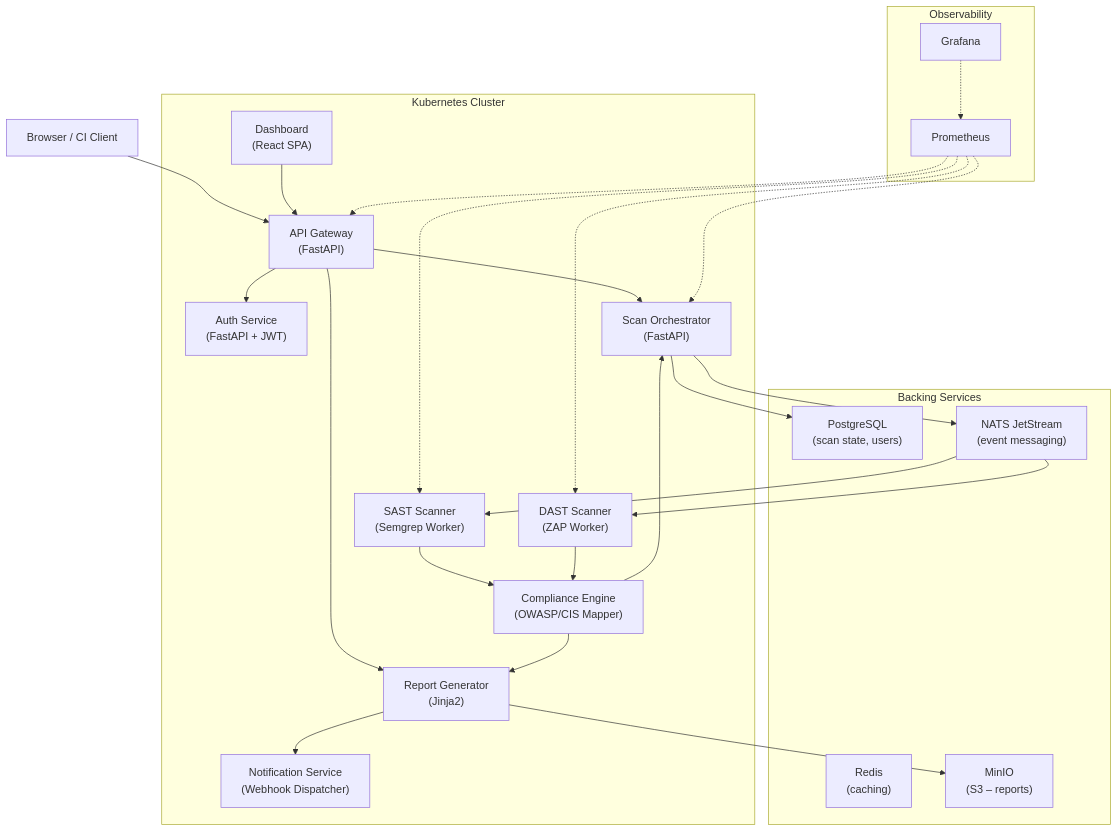
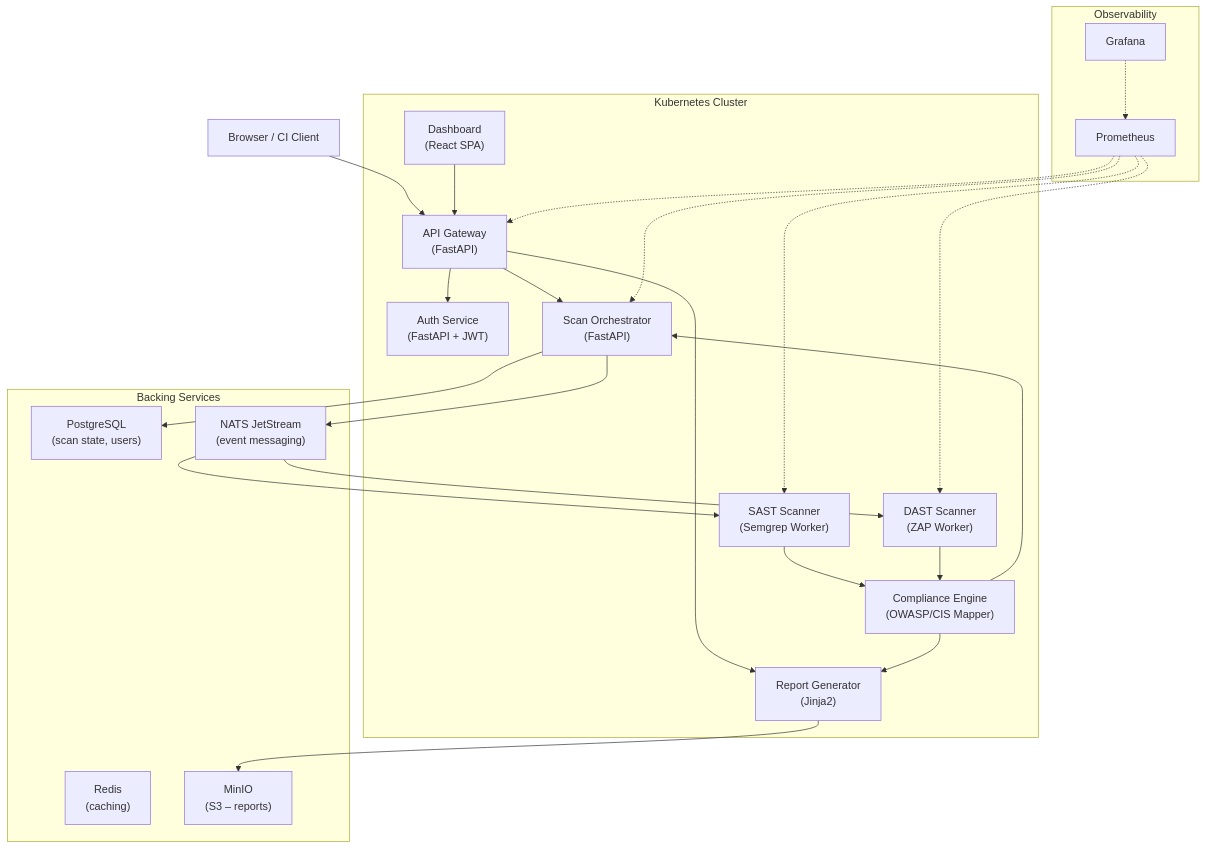
The diagram in docs/architecture/system-overview.md (jerald-g/PSD_Cloud), drawn with Mermaid before and after one commit. The commit also changed other lines of this file and 47 other files, not shown here.

````diff
--- a/docs/architecture/system-overview.md
+++ b/docs/architecture/system-overview.md
@@ -22,49 +22,47 @@
 ```mermaid
 graph TB
     Client["Browser / CI Client"]
 
     subgraph Kubernetes Cluster
         GW["API Gateway\n(FastAPI)"]
         AUTH["Auth Service\n(FastAPI + JWT)"]
         ORCH["Scan Orchestrator\n(FastAPI)"]
         SAST["SAST Scanner\n(Semgrep Worker)"]
         DAST["DAST Scanner\n(ZAP Worker)"]
         CE["Compliance Engine\n(OWASP/CIS Mapper)"]
         RG["Report Generator\n(Jinja2)"]
-        NS["Notification Service\n(Webhook Dispatcher)"]
         DASH["Dashboard\n(React SPA)"]
     end
 
     subgraph Backing Services
         PG["PostgreSQL\n(scan state, users)"]
         REDIS["Redis\n(caching)"]
         NATS["NATS JetStream\n(event messaging)"]
         MINIO["MinIO\n(S3 – reports)"]
     end
 
     subgraph Observability
         PROM["Prometheus"]
         GRAF["Grafana"]
     end
 
     Client --> GW
     GW --> AUTH
     GW --> ORCH
     GW --> RG
     ORCH --> PG
     ORCH --> NATS
     NATS --> SAST
     NATS --> DAST
     SAST --> CE
     DAST --> CE
     CE --> RG
     CE --> ORCH
     RG --> MINIO
-    RG --> NS
     DASH --> GW
     PROM -.-> GW
     PROM -.-> ORCH
     PROM -.-> SAST
     PROM -.-> DAST
     GRAF -.-> PROM
 ```
````
